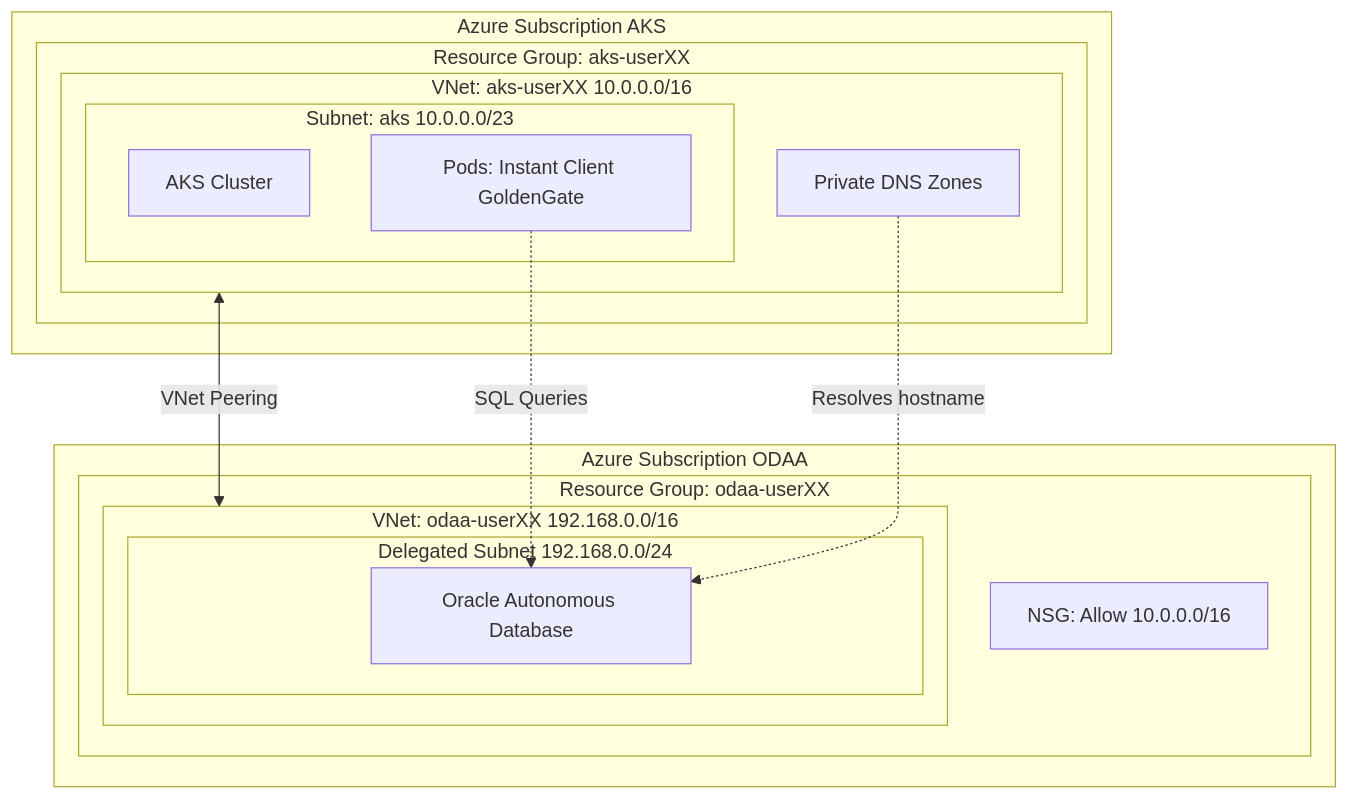
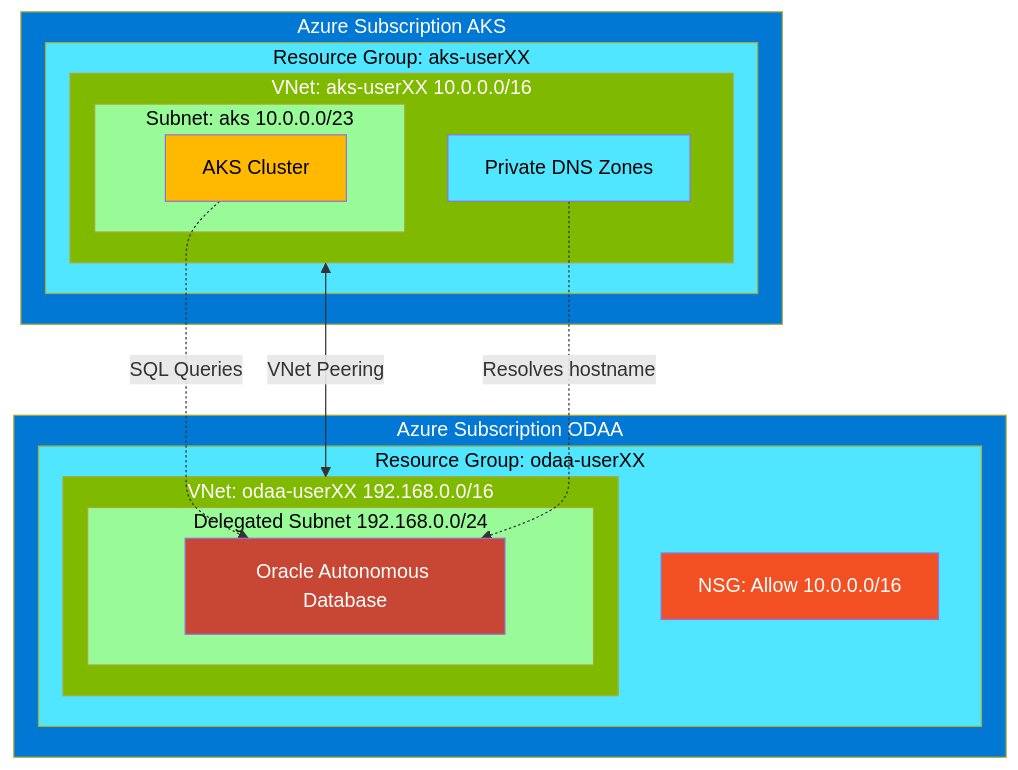
One commit to microsoft/MicroHack changed the first of 4 diagrams in 03-Azure/01-03-Infrastructure/10_Oracle_on_Azure/README.md. Above: the diagram before and after it, drawn with Mermaid. The commit also changed other lines of this file and 7 other files, not shown here.

Commit message:
Remove redundant Pods box from VNet peering architecture diagram

````diff
--- a/03-Azure/01-03-Infrastructure/10_Oracle_on_Azure/README.md
+++ b/03-Azure/01-03-Infrastructure/10_Oracle_on_Azure/README.md
@@ -27,29 +28,41 @@
 ```mermaid
 flowchart TB
     subgraph AKS_SUB[Azure Subscription AKS]
         subgraph AKS_RG[Resource Group: aks-userXX]
             subgraph AKS_VNET[VNet: aks-userXX 10.0.0.0/16]
                 subgraph AKS_SUBNET[Subnet: aks 10.0.0.0/23]
                     AKS[AKS Cluster]
-                    PODS[Pods: Instant Client GoldenGate]
                 end
                 DNS[Private DNS Zones]
             end
         end
     end
 
     subgraph ODAA_SUB[Azure Subscription ODAA]
         subgraph ODAA_RG[Resource Group: odaa-userXX]
             subgraph ODAA_VNET[VNet: odaa-userXX 192.168.0.0/16]
                 subgraph ODAA_SUBNET[Delegated Subnet 192.168.0.0/24]
                     ADB[Oracle Autonomous Database]
                 end
             end
             NSG[NSG: Allow 10.0.0.0/16]
         end
     end
 
     AKS_VNET <-->|VNet Peering| ODAA_VNET
-    PODS -.->|SQL Queries| ADB
+    AKS -.->|SQL Queries| ADB
     DNS -.->|Resolves hostname| ADB
+
+    style AKS_SUB fill:#0078D4,color:#fff
+    style AKS_RG fill:#50E6FF,color:#000
+    style AKS_VNET fill:#7FBA00,color:#fff
+    style AKS_SUBNET fill:#98FB98,color:#000
+    style ODAA_SUB fill:#0078D4,color:#fff
+    style ODAA_RG fill:#50E6FF,color:#000
+    style ODAA_VNET fill:#7FBA00,color:#fff
+    style ODAA_SUBNET fill:#98FB98,color:#000
+    style ADB fill:#C74634,color:#fff
+    style AKS fill:#FFB900,color:#000
+    style DNS fill:#50E6FF,color:#000
+    style NSG fill:#F25022,color:#fff
 ```
````
